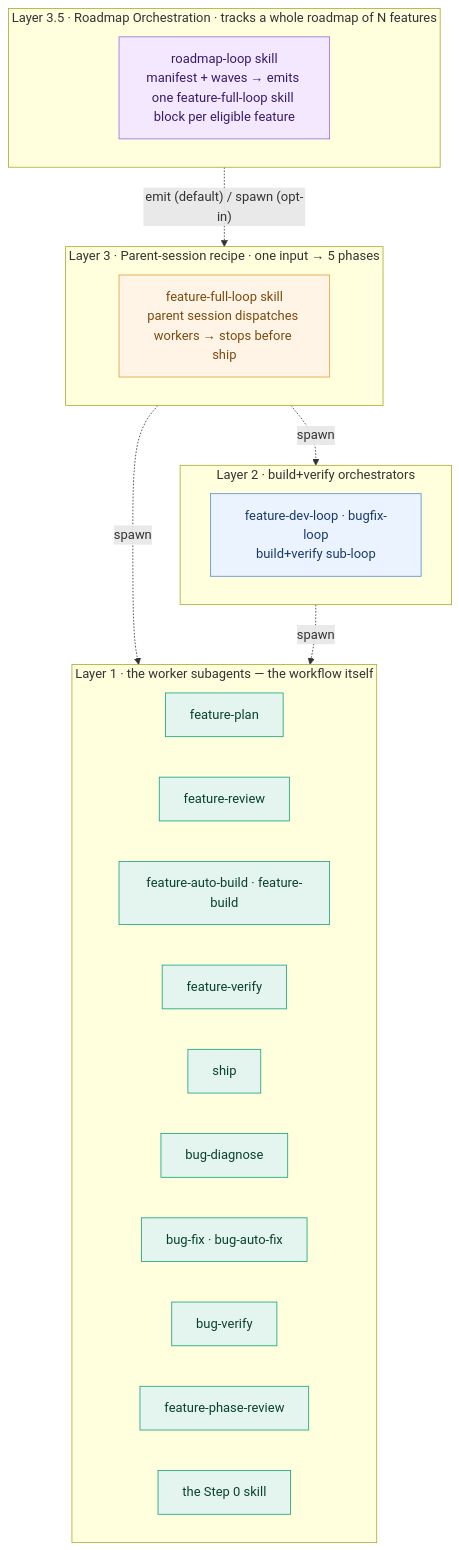
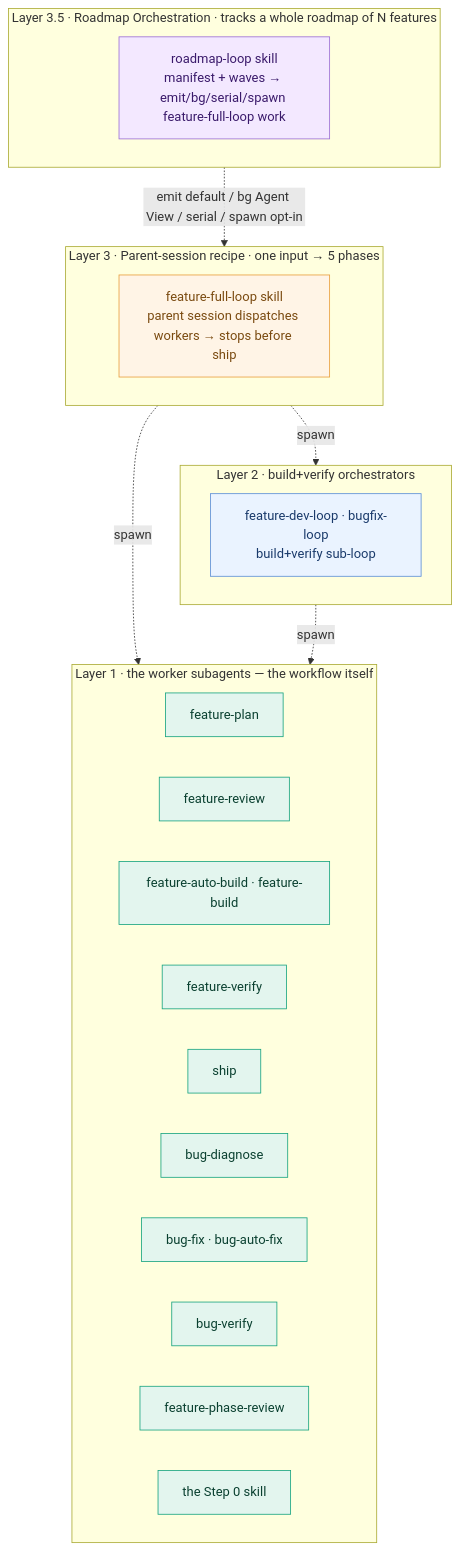
One commit to jinlong17/XAI_Desktop changed the first of 2 diagrams in docs/workflow/_portable/usage-guide.md. Above: the diagram before and after it, drawn with Mermaid. The commit also changed other lines of this file and 5 other files, not shown here.

First line of the commit message:
chore(workflow): resync — 06 roadmap-orchestration expansion + small infra ticks (round 4, 2026-05-18)

````diff
--- a/docs/workflow/_portable/usage-guide.md
+++ b/docs/workflow/_portable/usage-guide.md
@@ -131,37 +131,37 @@
 ```mermaid
 flowchart TB
   subgraph L35 [Layer 3.5 · Roadmap Orchestration · tracks a whole roadmap of N features]
-    RL[roadmap-loop skill<br/>manifest + waves → emits one feature-full-loop skill block per eligible feature]
+    RL[roadmap-loop skill<br/>manifest + waves → emit/bg/serial/spawn feature-full-loop work]
   end
   subgraph L3 [Layer 3 · Parent-session recipe · one input → 5 phases]
     FL[feature-full-loop skill<br/>parent session dispatches workers → stops before ship]
   end
   subgraph L2 [Layer 2 · build+verify orchestrators]
     DL[feature-dev-loop · bugfix-loop<br/>build+verify sub-loop]
   end
   subgraph L1 [Layer 1 · the worker subagents — the workflow itself]
     P[feature-plan]
     R[feature-review]
     AB[feature-auto-build · feature-build]
     V[feature-verify]
     S[ship]
     BD[bug-diagnose]
     BF[bug-fix · bug-auto-fix]
     BV[bug-verify]
     PR[feature-phase-review]
     SK[the Step 0 skill]
   end
-  L35 -.emit (default) / spawn (opt-in).-> L3
+  L35 -.emit default / bg Agent View / serial / spawn opt-in.-> L3
   L3 -.spawn.-> L1
   L3 -.spawn.-> L2
   L2 -.spawn.-> L1
 
   classDef l35 fill:#f3e8ff,stroke:#9a6dd6,color:#3a1a6b;
   classDef l3 fill:#fff4e6,stroke:#e89e3c,color:#7a4a10;
   classDef l2 fill:#eaf3ff,stroke:#5a8dd6,color:#1a3a6b;
   classDef l1 fill:#e3f5ee,stroke:#16a37f,color:#0a4030;
   class RL l35;
   class FL l3;
   class DL l2;
   class P,R,AB,V,S,BD,BF,BV,PR,SK l1;
 ```
````
